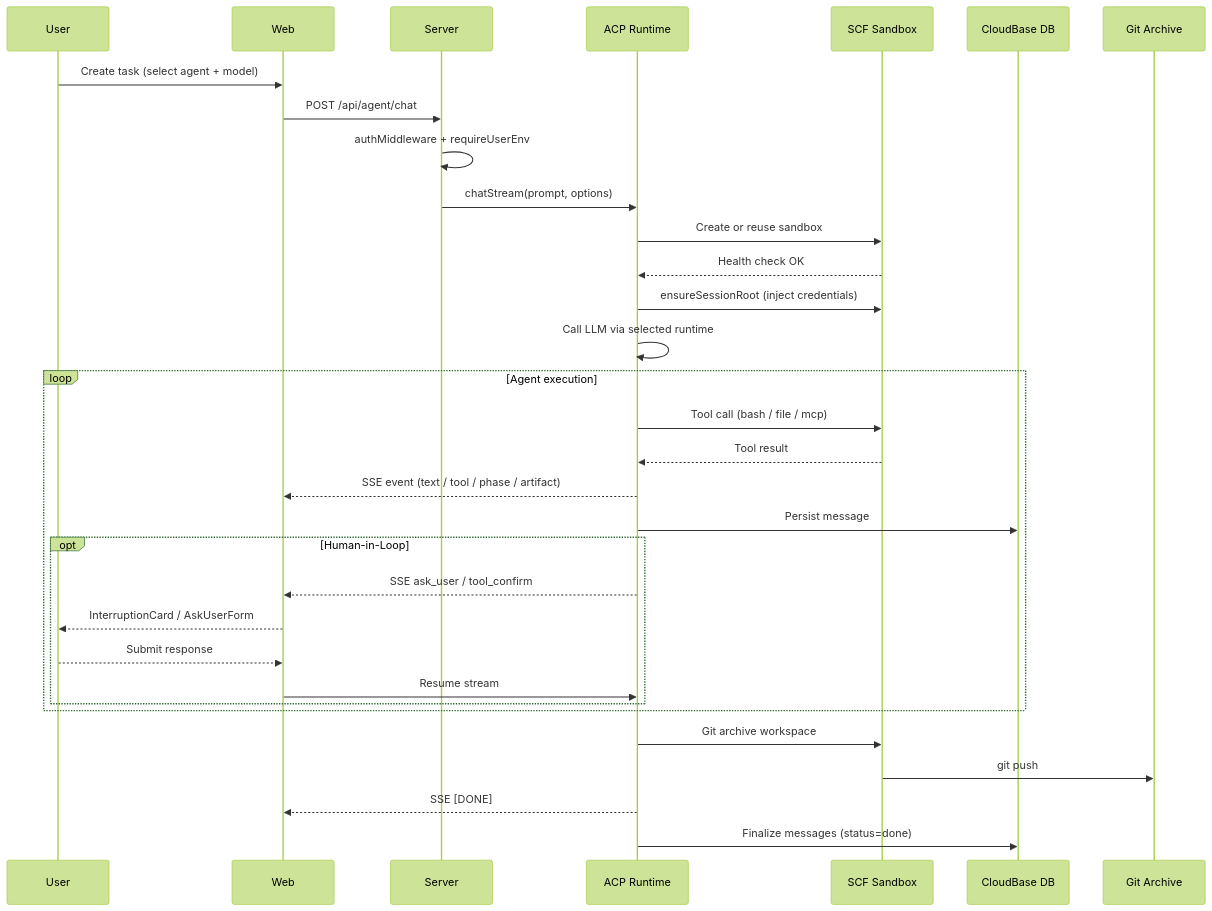
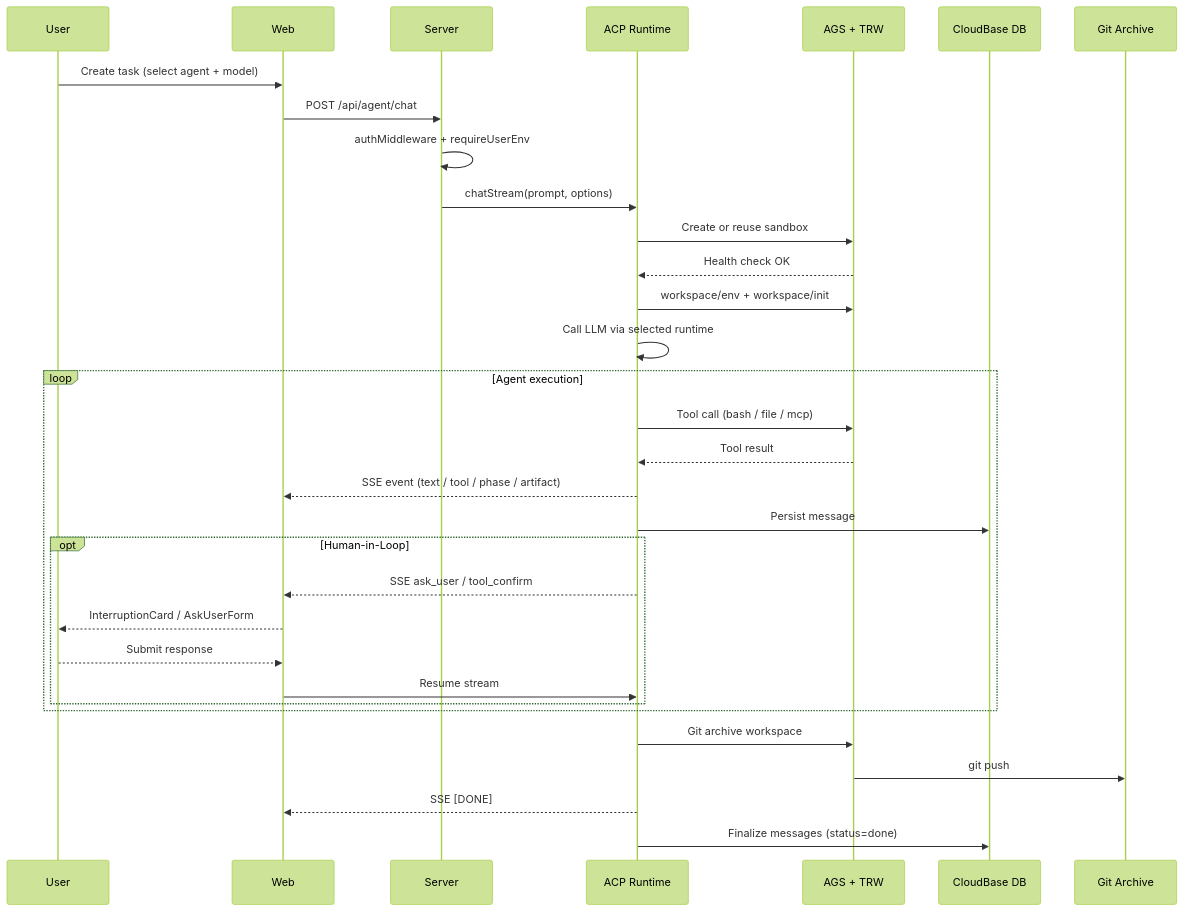
Before and after one commit to TencentCloudBase/OpenVibeCoding: the fourth of 5 diagrams in docs/architecture.md, drawn with Mermaid (forest theme). The commit also changed other lines of this file and 10 other files, not shown here.

First line of the commit message:
docs(stateful): align docs and init with AGS/TRW sandbox

````diff
--- a/docs/architecture.md
+++ b/docs/architecture.md
@@ -412,37 +408,37 @@
 ```mermaid
 sequenceDiagram
     participant User
     participant Web
     participant Server
     participant Runtime as ACP Runtime
-    participant Sandbox as SCF Sandbox
+    participant Sandbox as AGS + TRW
     participant DB as CloudBase DB
     participant Git as Git Archive
 
     User->>Web: Create task (select agent + model)
     Web->>Server: POST /api/agent/chat
     Server->>Server: authMiddleware + requireUserEnv
     Server->>Runtime: chatStream(prompt, options)
     Runtime->>Sandbox: Create or reuse sandbox
     Sandbox-->>Runtime: Health check OK
-    Runtime->>Sandbox: ensureSessionRoot (inject credentials)
+    Runtime->>Sandbox: workspace/env + workspace/init
     Runtime->>Runtime: Call LLM via selected runtime
 
     loop Agent execution
         Runtime->>Sandbox: Tool call (bash / file / mcp)
         Sandbox-->>Runtime: Tool result
         Runtime-->>Web: SSE event (text / tool / phase / artifact)
         Runtime->>DB: Persist message
         opt Human-in-Loop
             Runtime-->>Web: SSE ask_user / tool_confirm
             Web-->>User: InterruptionCard / AskUserForm
             User-->>Web: Submit response
             Web->>Runtime: Resume stream
         end
     end
 
     Runtime->>Sandbox: Git archive workspace
     Sandbox->>Git: git push
     Runtime-->>Web: SSE [DONE]
     Runtime->>DB: Finalize messages (status=done)
 ```
````
